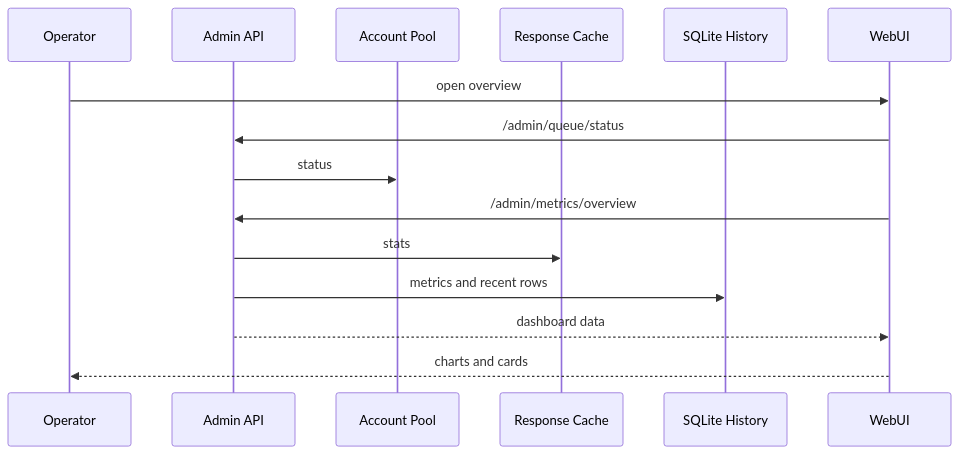
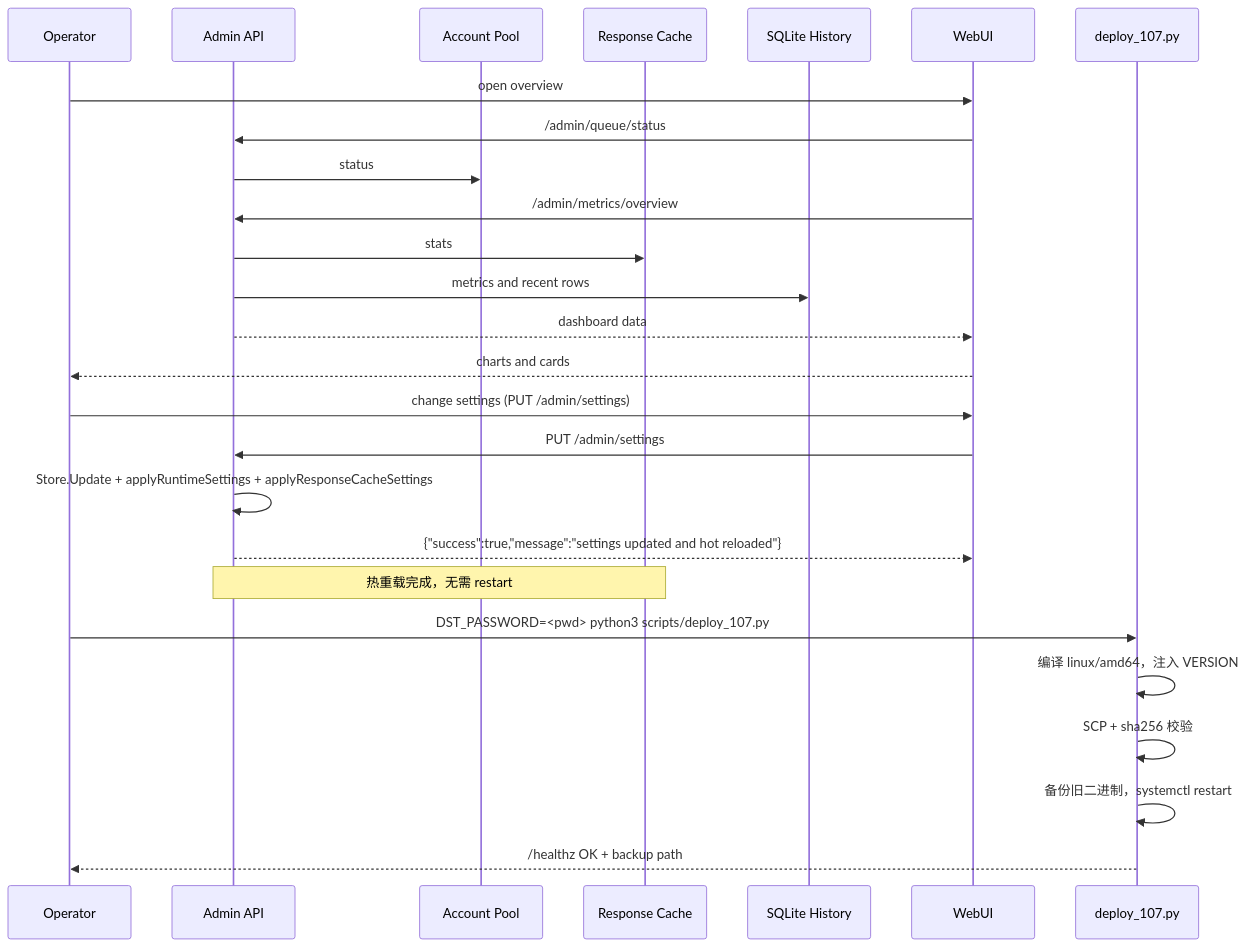
The second of 2 diagrams in docs/Runtime Operations/Runtime Operations.md (marklove5102/DeepSeek_Web_To_API), drawn with Mermaid before and after one commit. The commit also changed other lines of this file and 4 other files, not shown here.

First line of the commit message:
security: redact prod IP from scripts/deploy_107.py + docs + READMEs

````diff
--- a/docs/Runtime Operations/Runtime Operations.md
+++ b/docs/Runtime Operations/Runtime Operations.md
@@ -83,17 +112,28 @@
 ```mermaid
 sequenceDiagram
 participant Operator as Operator
 participant Admin as Admin API
 participant Queue as Account Pool
 participant Cache as Response Cache
 participant History as SQLite History
 participant WebUI as WebUI
+participant DeployPy as deploy_107.py
 Operator->>WebUI: open overview
 WebUI->>Admin: /admin/queue/status
 Admin->>Queue: status
 WebUI->>Admin: /admin/metrics/overview
 Admin->>Cache: stats
 Admin->>History: metrics and recent rows
 Admin-->>WebUI: dashboard data
 WebUI-->>Operator: charts and cards
+Operator->>WebUI: change settings (PUT /admin/settings)
+WebUI->>Admin: PUT /admin/settings
+Admin->>Admin: Store.Update + applyRuntimeSettings + applyResponseCacheSettings
+Admin-->>WebUI: {"success":true,"message":"settings updated and hot reloaded"}
+Note over Admin,Cache: 热重载完成，无需 restart
+Operator->>DeployPy: DST_PASSWORD=<pwd> python3 scripts/deploy_107.py
+DeployPy->>DeployPy: 编译 linux/amd64，注入 VERSION
+DeployPy->>DeployPy: SCP + sha256 校验
+DeployPy->>DeployPy: 备份旧二进制，systemctl restart
+DeployPy-->>Operator: /healthz OK + backup path
 ```
````
